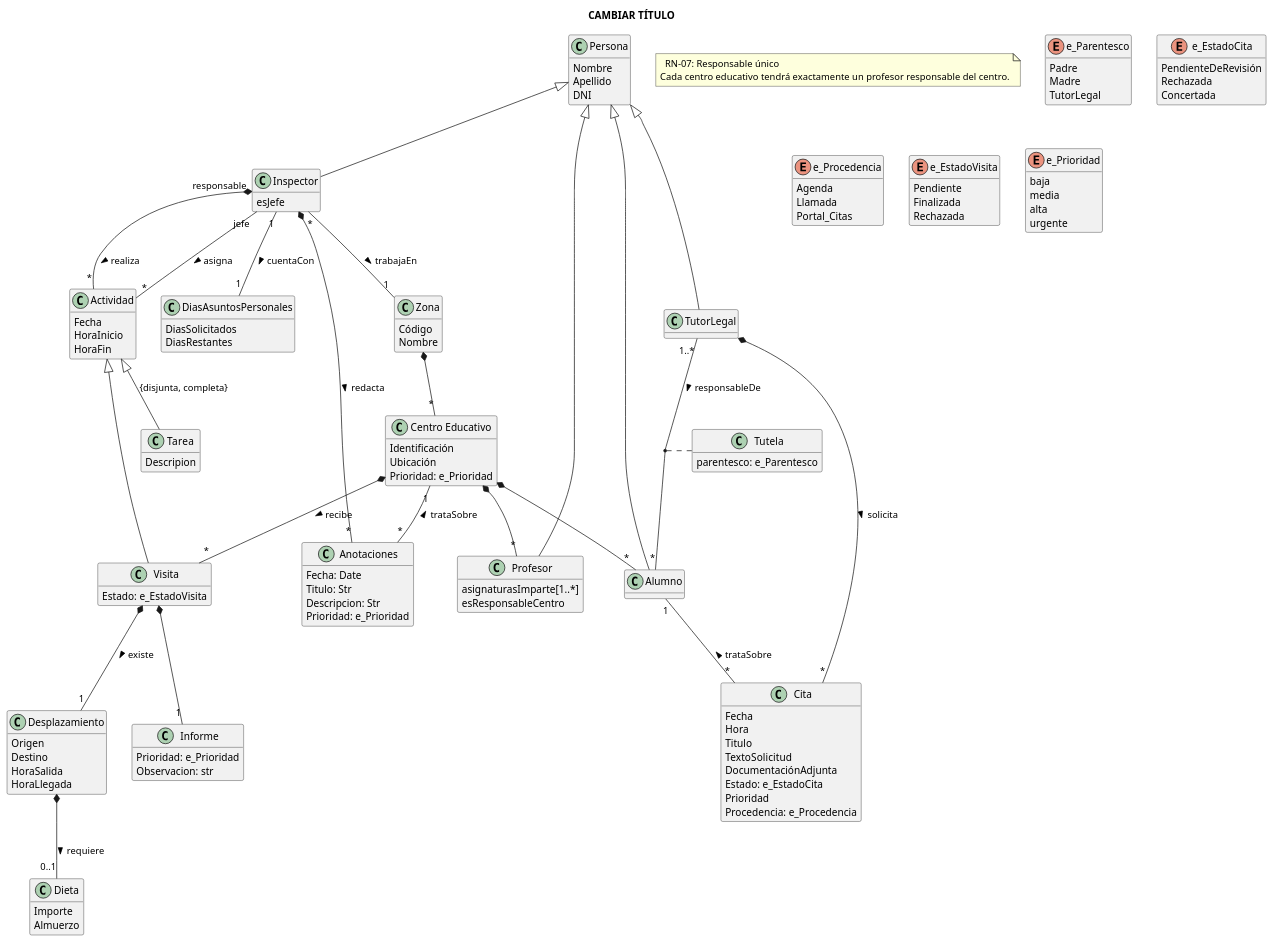
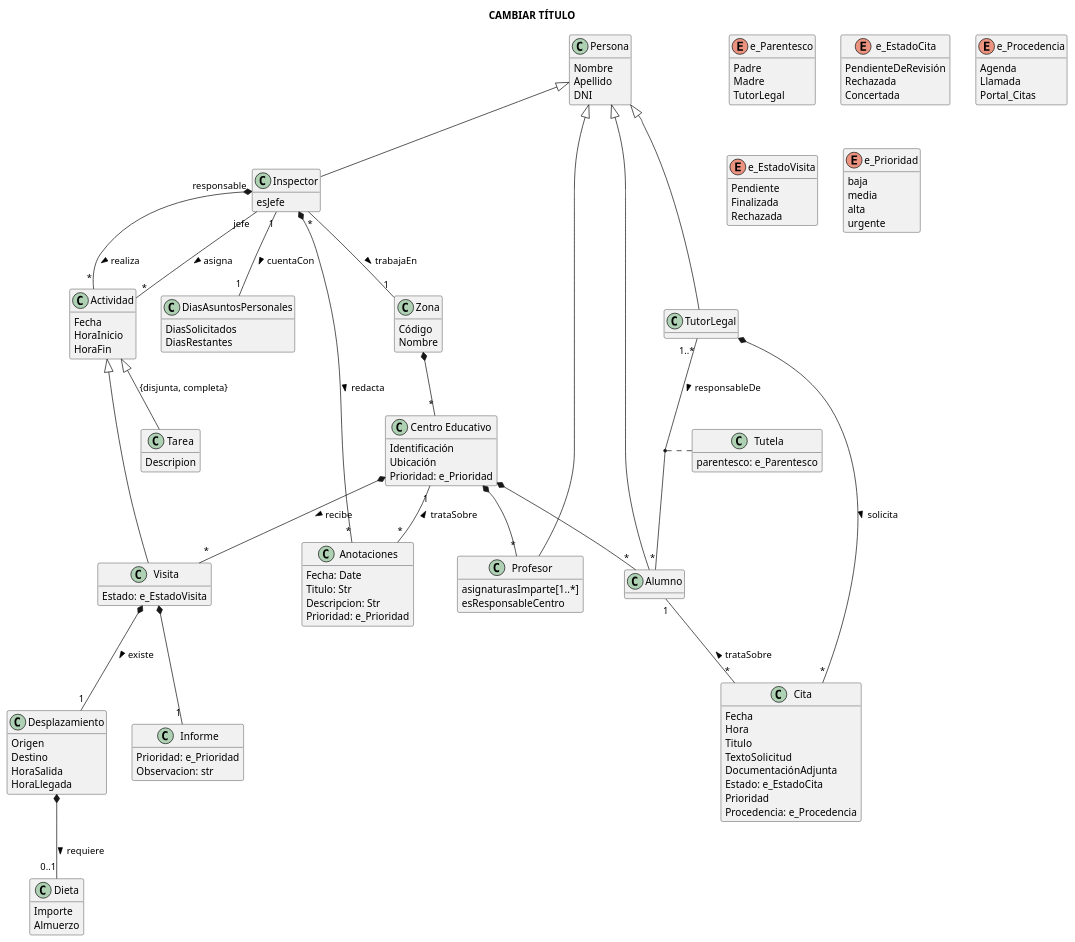
One commit to lorenzomaranon/ProyectoBD_Inspeccion_Educativa changed the diagram in docs/modelado_conceptual.puml. Above: the diagram before and after it, drawn with PlantUML. The commit also changed other lines of this file, not shown here.

```diff
--- a/docs/modelado_conceptual.puml
+++ b/docs/modelado_conceptual.puml
@@ -48,12 +48,12 @@
 note as RN06
  RN-06: Acceso visualización Días Libres
  Cada inspector solo podrá consultar sus propios días de asuntos personales disponibles; el inspector jefe podrá consultar los de todos los inspectores.
-end note'/
+end note
 
 note as RN07
   RN-07: Responsable único
 Cada centro educativo tendrá exactamente un profesor responsable del centro.
-end note
+end note'/
 
 ' CONEXIONES RN - CLASES: .. dibuja una línea discontinua sin flecha.
 ' Añade una conexión por cada clase afectada por una regla. 
```
